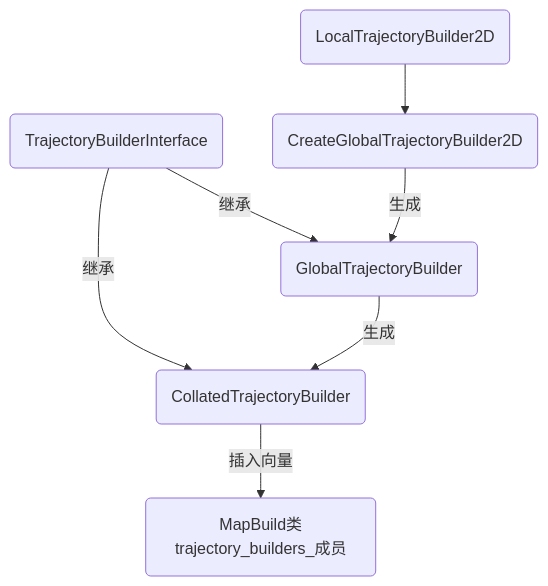
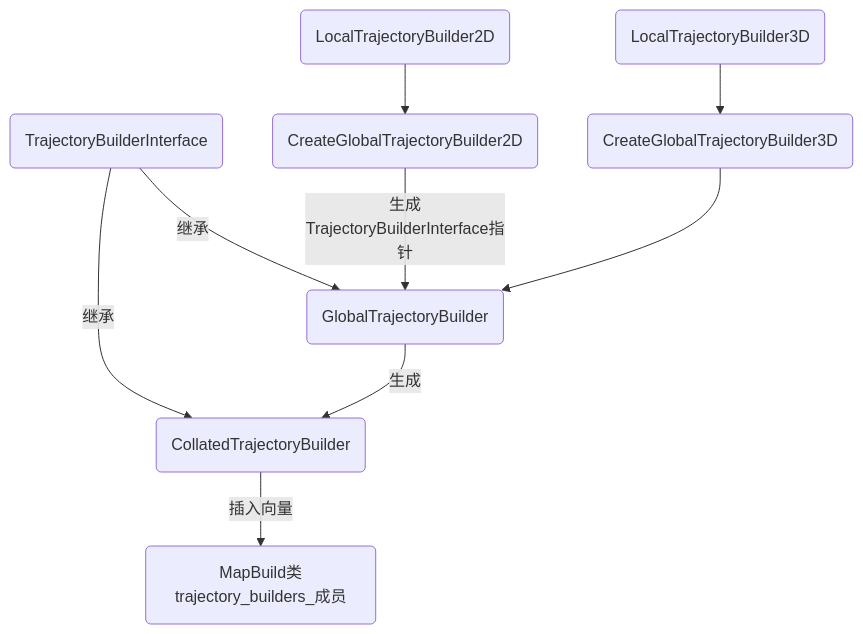
Before and after one commit to slam-xiay/cartographer: the fourth of 5 diagrams in doc/cartographer.md, drawn with Mermaid. The commit also changed other lines of this file and 17 other files, not shown here.

````diff
--- a/doc/cartographer.md
+++ b/doc/cartographer.md
@@ -1621,16 +1623,19 @@
 ```mermaid
 graph TD
 1(TrajectoryBuilderInterface)
 2(GlobalTrajectoryBuilder)
 3(CreateGlobalTrajectoryBuilder2D)
 4(CollatedTrajectoryBuilder)
 5(LocalTrajectoryBuilder2D)
+6(MapBuild类trajectory_builders_成员)
+7(LocalTrajectoryBuilder3D)
+8(CreateGlobalTrajectoryBuilder3D)
+7-->8
 1-->|继承|2
 1-->|继承|4
-3-->|生成|2
+3-->|生成TrajectoryBuilderInterface指针|2
 2-->|生成|4
 5-->3
-
-6(MapBuild类trajectory_builders_成员)
 4-->|插入向量|6
+8-->2
 ```
````
